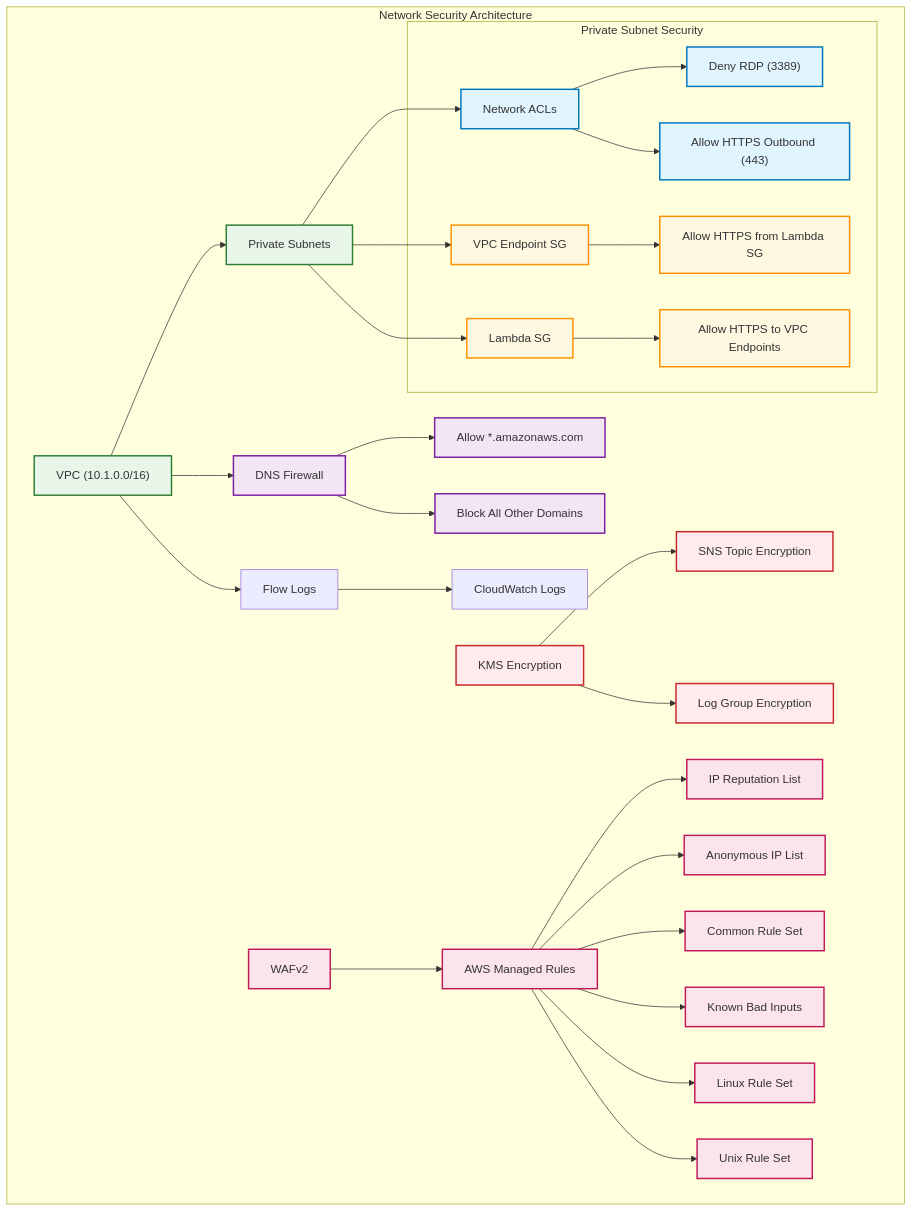
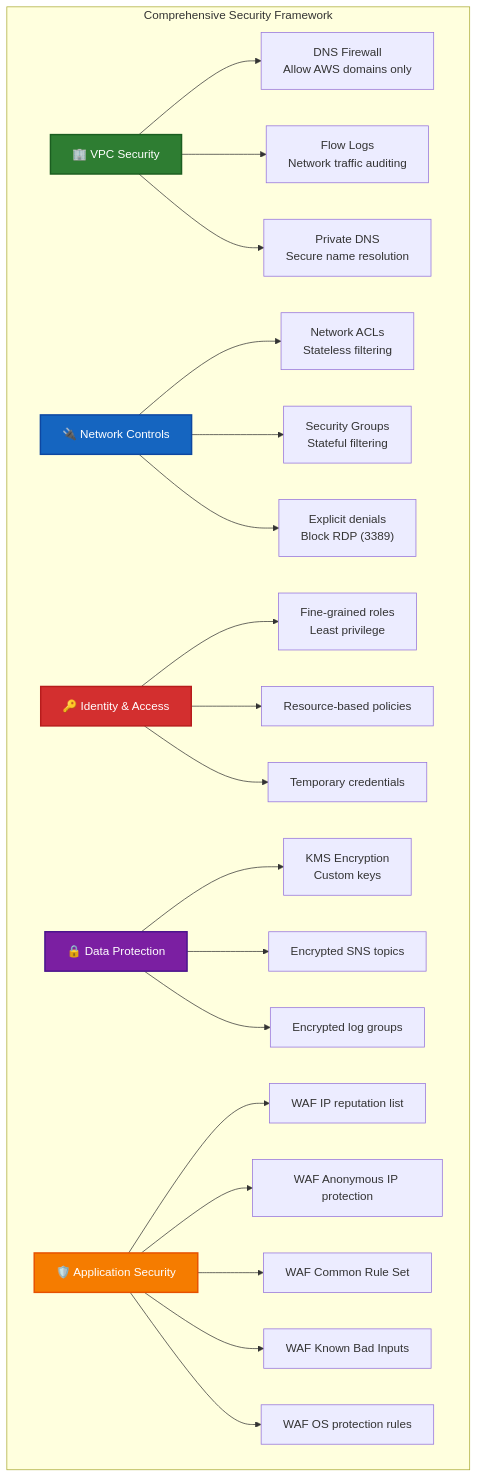
Before and after one commit to Hack23/lambda-in-private-vpc: the third of 6 diagrams in README.md, drawn with Mermaid. The commit also changed other lines of this file, not shown here.

````diff
--- a/README.md
+++ b/README.md
@@ -136,54 +168,38 @@
 ```mermaid
 graph TD
-    subgraph "Network Security Architecture"
-        VPC["VPC (10.1.0.0/16)"]
+    subgraph "Comprehensive Security Framework"
+        VPC["🏢 VPC Security"]:::vpc
+        NW["🔌 Network Controls"]:::network
+        IAM["🔑 Identity & Access"]:::iam
+        DATA["🔒 Data Protection"]:::data
+        APP["🛡️ Application Security"]:::app
         
-        subgraph "Private Subnet Security"
-            NACL["Network ACLs"] --> DENY["Deny RDP (3389)"]
-            NACL --> ALLOW_OUT["Allow HTTPS Outbound (443)"]
-            SGFVPC["VPC Endpoint SG"]
-            SGLMB["Lambda SG"]
-            
-            SGFVPC --> ALLOW_SG["Allow HTTPS from Lambda SG"]
-            SGLMB --> ALLOW_VPC["Allow HTTPS to VPC Endpoints"]
-        end
+        VPC --> DNS_FW["DNS Firewall<br>Allow AWS domains only"]
+        VPC --> FLOW["Flow Logs<br>Network traffic auditing"]
+        VPC --> PDNS["Private DNS<br>Secure name resolution"]
         
-        VPC --> SUBNET["Private Subnets"]
-        SUBNET --> NACL
-        SUBNET --> SGFVPC
-        SUBNET --> SGLMB
+        NW --> NACL["Network ACLs<br>Stateless filtering"]
+        NW --> SG["Security Groups<br>Stateful filtering"]
+        NW --> DENY["Explicit denials<br>Block RDP (3389)"]
         
-        VPC --> DNS_FW["DNS Firewall"]
-        DNS_FW --> ALLOW_AWS["Allow *.amazonaws.com"]
-        DNS_FW --> BLOCK_ALL["Block All Other Domains"]
+        IAM --> ROLES["Fine-grained roles<br>Least privilege"]
+        IAM --> POLICY["Resource-based policies"]
+        IAM --> TEMP["Temporary credentials"]
         
-        VPC --> FLOW["Flow Logs"]
-        FLOW --> CWLOGS["CloudWatch Logs"]
+        DATA --> KMS["KMS Encryption<br>Custom keys"]
+        DATA --> ENC_SNS["Encrypted SNS topics"]
+        DATA --> ENC_LOG["Encrypted log groups"]
         
-        KMS["KMS Encryption"]
-        KMS --> SNS_ENC["SNS Topic Encryption"]
-        KMS --> LOGS_ENC["Log Group Encryption"]
-        
-        WAF["WAFv2"] --> RULES["AWS Managed Rules"]
-        RULES --> IP_REP["IP Reputation List"]
-        RULES --> ANON_IP["Anonymous IP List"]
-        RULES --> COMMON["Common Rule Set"]
-        RULES --> BAD_IN["Known Bad Inputs"]
-        RULES --> LINUX["Linux Rule Set"]
-        RULES --> UNIX["Unix Rule Set"]
+        APP --> WAF_IP["WAF IP reputation list"]
+        APP --> WAF_ANON["WAF Anonymous IP protection"]
+        APP --> WAF_CRS["WAF Common Rule Set"]
+        APP --> WAF_BAD["WAF Known Bad Inputs"]
+        APP --> WAF_OS["WAF OS protection rules"]
     end
-    
-    classDef vpc fill:#e8f5e9,stroke:#2e7d32,stroke-width:2px;
-    classDef nacl fill:#e1f5fe,stroke:#0277bd,stroke-width:2px;
-    classDef sg fill:#fff8e1,stroke:#ff8f00,stroke-width:2px;
-    classDef dns fill:#f3e5f5,stroke:#7b1fa2,stroke-width:2px;
-    classDef encryption fill:#ffebee,stroke:#c62828,stroke-width:2px;
-    classDef waf fill:#fce4ec,stroke:#c2185b,stroke-width:2px;
-    
-    class VPC,SUBNET vpc;
-    class NACL,DENY,ALLOW_OUT nacl;
-    class SGFVPC,SGLMB,ALLOW_SG,ALLOW_VPC sg;
-    class DNS_FW,ALLOW_AWS,BLOCK_ALL dns;
-    class KMS,SNS_ENC,LOGS_ENC encryption;
-    class WAF,RULES,IP_REP,ANON_IP,COMMON,BAD_IN,LINUX,UNIX waf;
+
+    classDef vpc fill:#2E7D32,stroke:#1B5E20,stroke-width:2px,color:#FFFFFF
+    classDef network fill:#1565C0,stroke:#0D47A1,stroke-width:2px,color:#FFFFFF  
+    classDef iam fill:#D32F2F,stroke:#B71C1C,stroke-width:2px,color:#FFFFFF
+    classDef data fill:#7B1FA2,stroke:#4A148C,stroke-width:2px,color:#FFFFFF
+    classDef app fill:#F57C00,stroke:#E65100,stroke-width:2px,color:#FFFFFF
 ```
````
